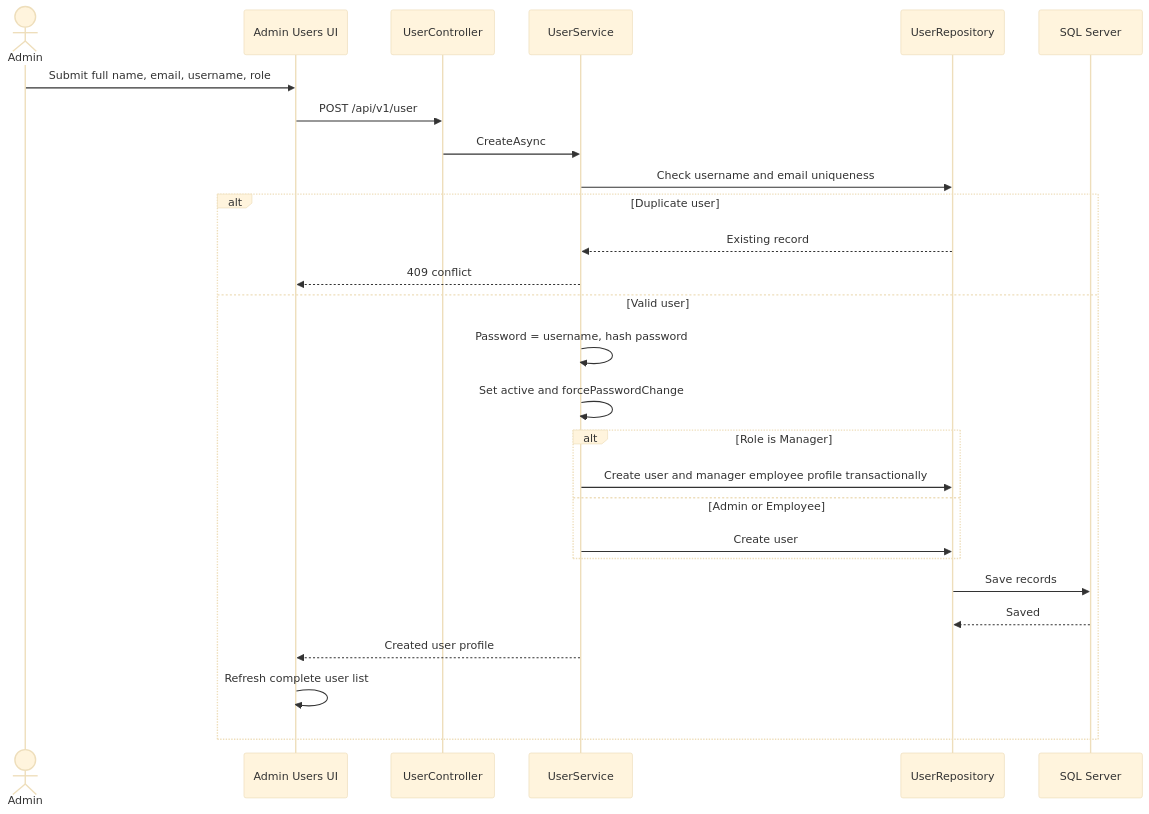
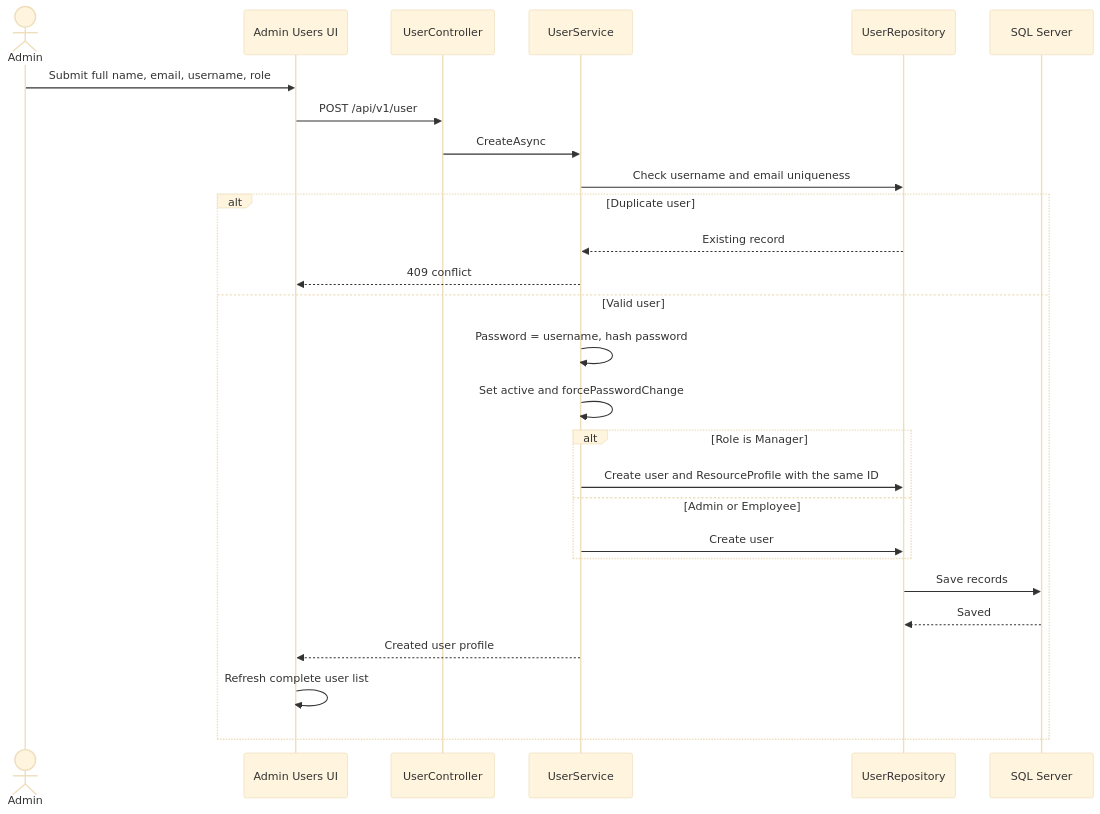
Before and after one commit to AayushGargITT/AayushGarg-LearnCode-2025-26: the ninth of 17 diagrams in ResourceMindAi/readme.md, drawn with Mermaid (base theme). The commit also changed other lines of this file and 35 other files, not shown here.

First line of the commit message:
refactor(domain): rename Employee to ResourceProfile and simplify entity model

````diff
--- a/ResourceMindAi/readme.md
+++ b/ResourceMindAi/readme.md
@@ -483,31 +482,31 @@
 ```mermaid
 sequenceDiagram
     actor Admin
     participant UI as Admin Users UI
     participant API as UserController
     participant Service as UserService
     participant Repo as UserRepository
     participant DB as SQL Server
 
     Admin->>UI: Submit full name, email, username, role
     UI->>API: POST /api/v1/user
     API->>Service: CreateAsync
     Service->>Repo: Check username and email uniqueness
 
     alt Duplicate user
         Repo-->>Service: Existing record
         Service-->>UI: 409 conflict
     else Valid user
         Service->>Service: Password = username, hash password
         Service->>Service: Set active and forcePasswordChange
         alt Role is Manager
-            Service->>Repo: Create user and manager employee profile transactionally
+            Service->>Repo: Create user and ResourceProfile with the same ID
         else Admin or Employee
             Service->>Repo: Create user
         end
         Repo->>DB: Save records
         DB-->>Repo: Saved
         Service-->>UI: Created user profile
         UI->>UI: Refresh complete user list
     end
 ```
````
